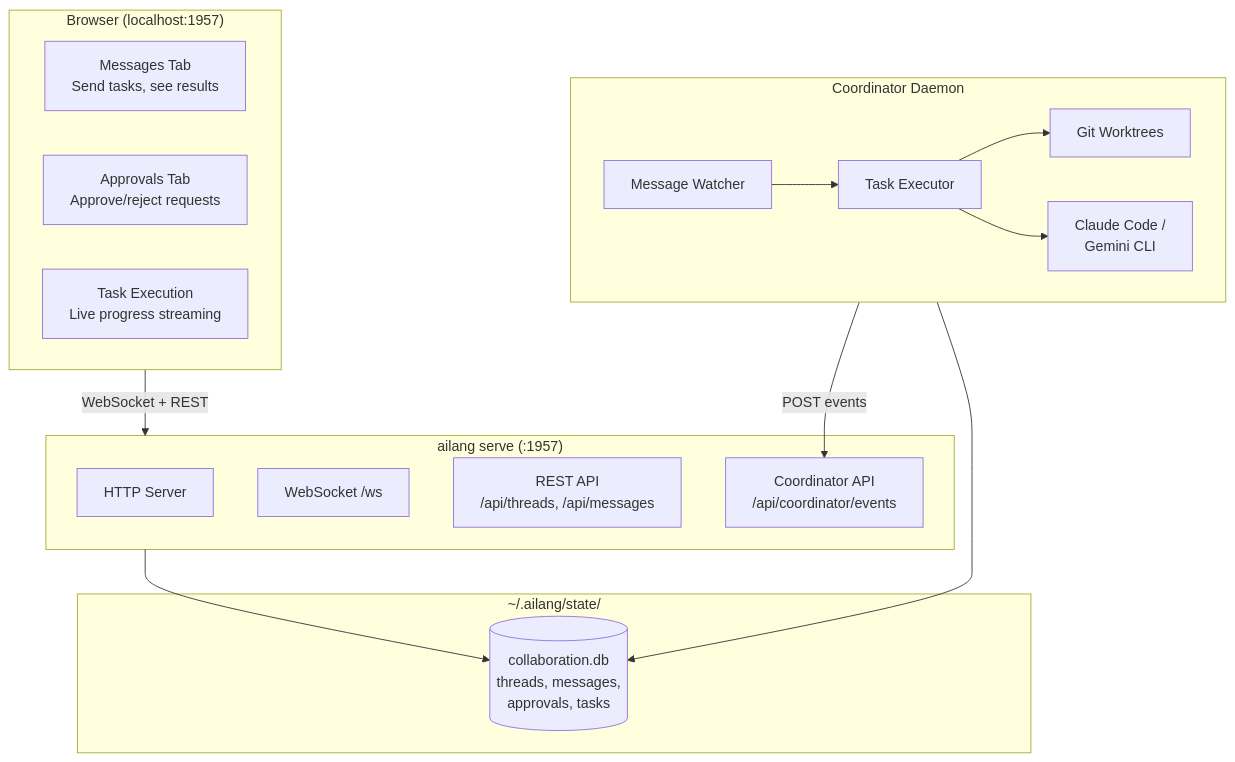
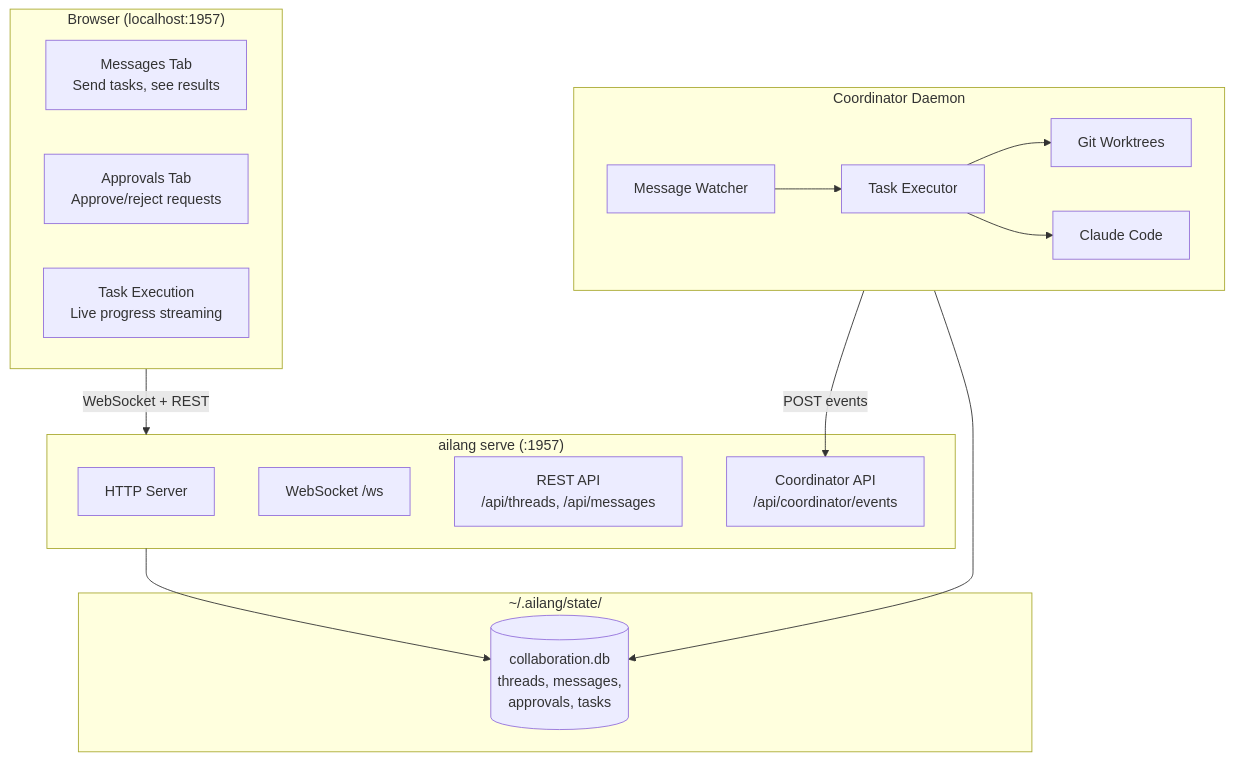
The diagram in docs/docs/guides/collaboration-hub.md (sunholo-data/ailang), drawn with Mermaid before and after one commit. The commit also changed 21 other files, not shown here.

````diff
--- a/docs/docs/guides/collaboration-hub.md
+++ b/docs/docs/guides/collaboration-hub.md
@@ -121,34 +121,34 @@
 ```mermaid
 flowchart TB
     subgraph Browser["Browser (localhost:1957)"]
         Messages["Messages Tab<br/>Send tasks, see results"]
         Approvals["Approvals Tab<br/>Approve/reject requests"]
         TaskExec["Task Execution<br/>Live progress streaming"]
     end
 
     subgraph Server["ailang serve (:1957)"]
         HTTP["HTTP Server"]
         WS["WebSocket /ws"]
         REST["REST API<br/>/api/threads, /api/messages"]
         CoordAPI["Coordinator API<br/>/api/coordinator/events"]
     end
 
     subgraph Storage["~/.ailang/state/"]
         DB[("collaboration.db<br/>threads, messages,<br/>approvals, tasks")]
     end
 
     subgraph Coordinator["Coordinator Daemon"]
         Watcher["Message Watcher"]
         Executor["Task Executor"]
         Worktrees["Git Worktrees"]
-        AI["Claude Code /<br/>Gemini CLI"]
+        AI["Claude Code"]
     end
 
     Browser -->|"WebSocket + REST"| Server
     Server --> DB
     Coordinator -->|"POST events"| CoordAPI
     Coordinator --> DB
     Watcher --> Executor
     Executor --> Worktrees
     Executor --> AI
 ```
````
